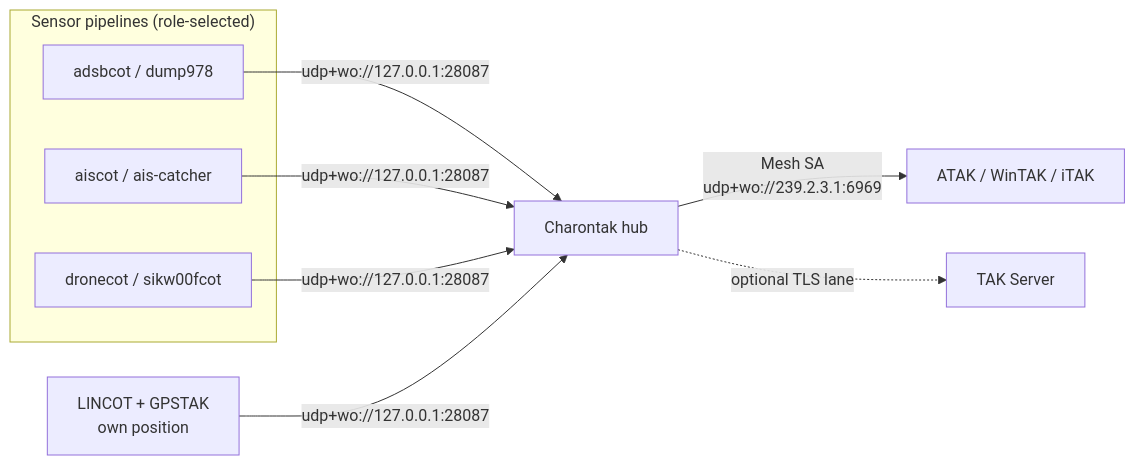
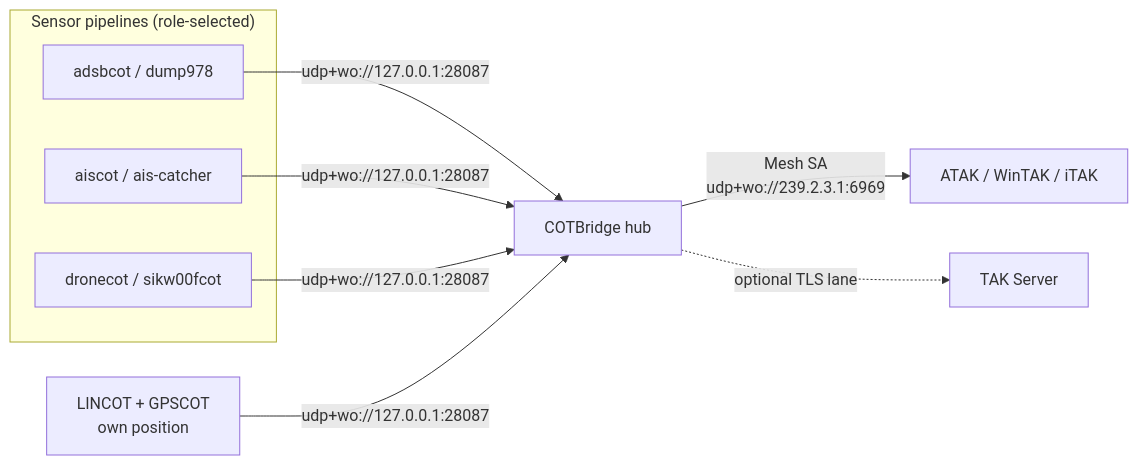
Before and after one commit to snstac/aryaos: the diagram in docs/deploy/index.md, drawn with Mermaid. The commit also changed other lines of this file and 180 other files, not shown here.

````diff
--- a/docs/deploy/index.md
+++ b/docs/deploy/index.md
@@ -93,12 +93,12 @@
 ```mermaid
 flowchart LR
     subgraph Sensors["Sensor pipelines (role-selected)"]
         A[adsbcot / dump978] 
         M[aiscot / ais-catcher]
         D[dronecot / sikw00fcot]
     end
-    C[LINCOT + GPSTAK<br/>own position] 
-    A & M & D & C -->|udp+wo://127.0.0.1:28087| H[Charontak hub]
+    C[LINCOT + GPSCOT<br/>own position]
+    A & M & D & C -->|udp+wo://127.0.0.1:28087| H[COTBridge hub]
     H -->|Mesh SA<br/>udp+wo://239.2.3.1:6969| E[ATAK / WinTAK / iTAK]
     H -.->|optional TLS lane| S[TAK Server]
 ```
````
